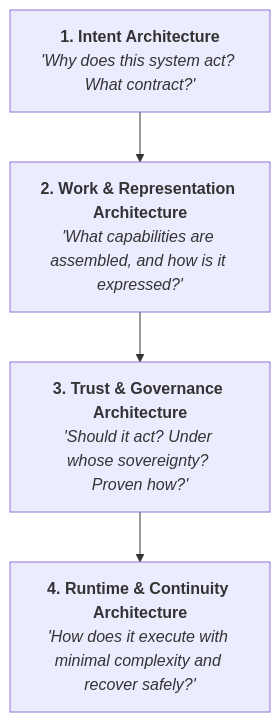
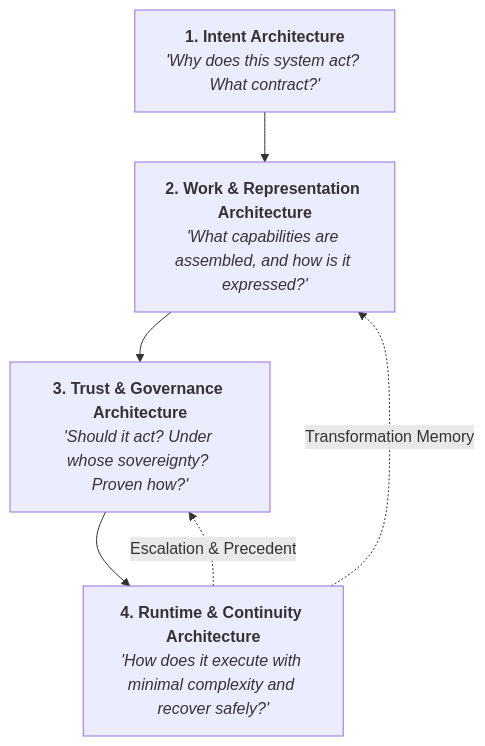
Before and after one commit to kocean-dev/judgment-computing: the second of 3 diagrams in ARCHITECTURE.md, drawn with Mermaid. The commit also changed other lines of this file and 5 other files, not shown here.

Commit message:
docs: align architecture/glossary invariants with book baseline and refine §5 boundaries

````diff
--- a/ARCHITECTURE.md
+++ b/ARCHITECTURE.md
@@ -34,9 +34,11 @@
 ```mermaid
 flowchart TD
     L1["<b>1. Intent Architecture</b><br><i>'Why does this system act? What contract?'</i>"]
     L2["<b>2. Work & Representation Architecture</b><br><i>'What capabilities are assembled, and how is it expressed?'</i>"]
     L3["<b>3. Trust & Governance Architecture</b><br><i>'Should it act? Under whose sovereignty? Proven how?'</i>"]
     L4["<b>4. Runtime & Continuity Architecture</b><br><i>'How does it execute with minimal complexity and recover safely?'</i>"]
 
     L1 --> L2 --> L3 --> L4
+    L4 -. "Escalation & Precedent" .-> L3
+    L4 -. "Transformation Memory" .-> L2
 ```
````
